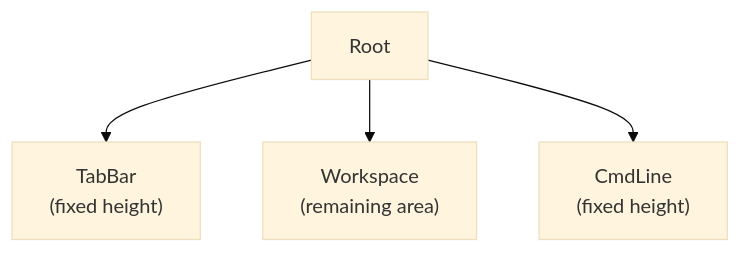
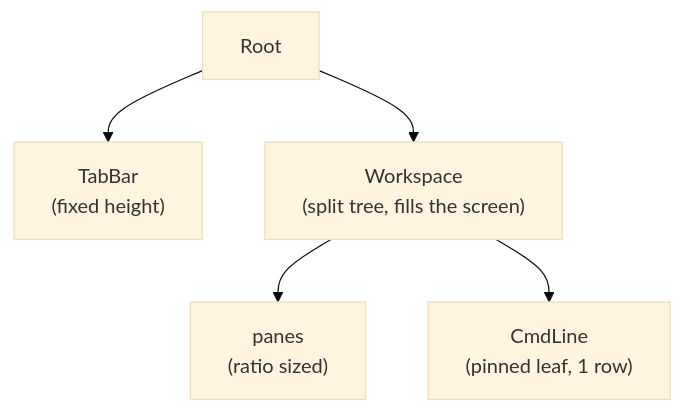
The first of 4 diagrams in docs/WINDOW_MANAGEMENT.md (yairgd/gdbforge), drawn with Mermaid (base theme) before and after one commit. The commit also changed other lines of this file and 14 other files, not shown here.

````diff
--- a/docs/WINDOW_MANAGEMENT.md
+++ b/docs/WINDOW_MANAGEMENT.md
@@ -57,11 +59,13 @@
 ```mermaid
 graph TB
     Root["Root"]
     TabBar["TabBar<br/>(fixed height)"]
-    Workspace["Workspace<br/>(remaining area)"]
-    CmdLine["CmdLine<br/>(fixed height)"]
+    Workspace["Workspace<br/>(split tree, fills the screen)"]
+    Panes["panes<br/>(ratio sized)"]
+    CmdLine["CmdLine<br/>(pinned leaf, 1 row)"]
 
     Root --> TabBar
     Root --> Workspace
-    Root --> CmdLine
+    Workspace --> Panes
+    Workspace --> CmdLine
 ```
````
